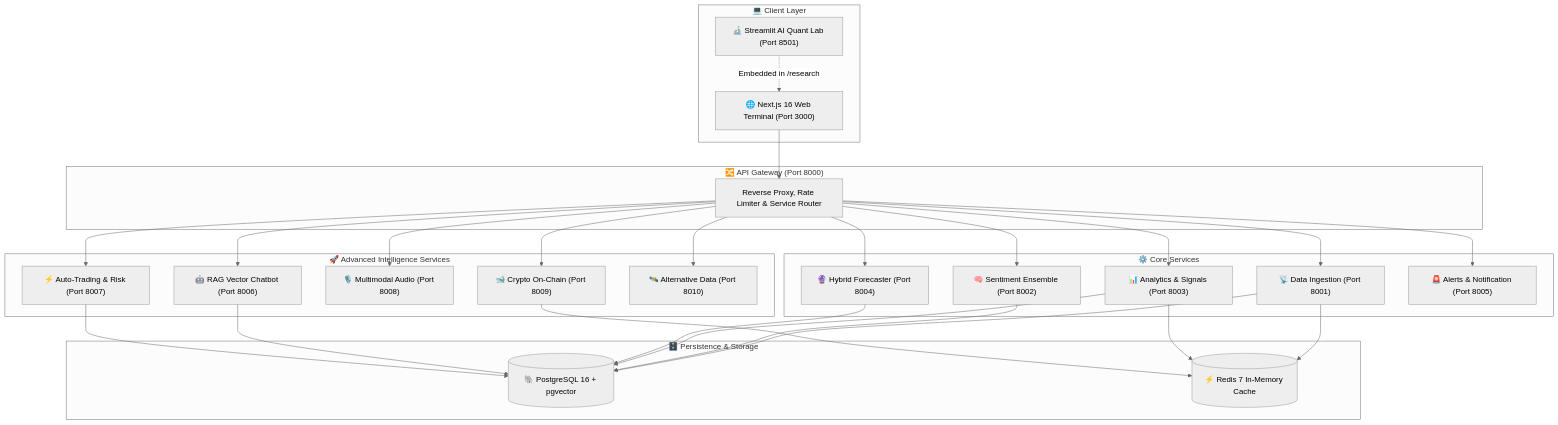
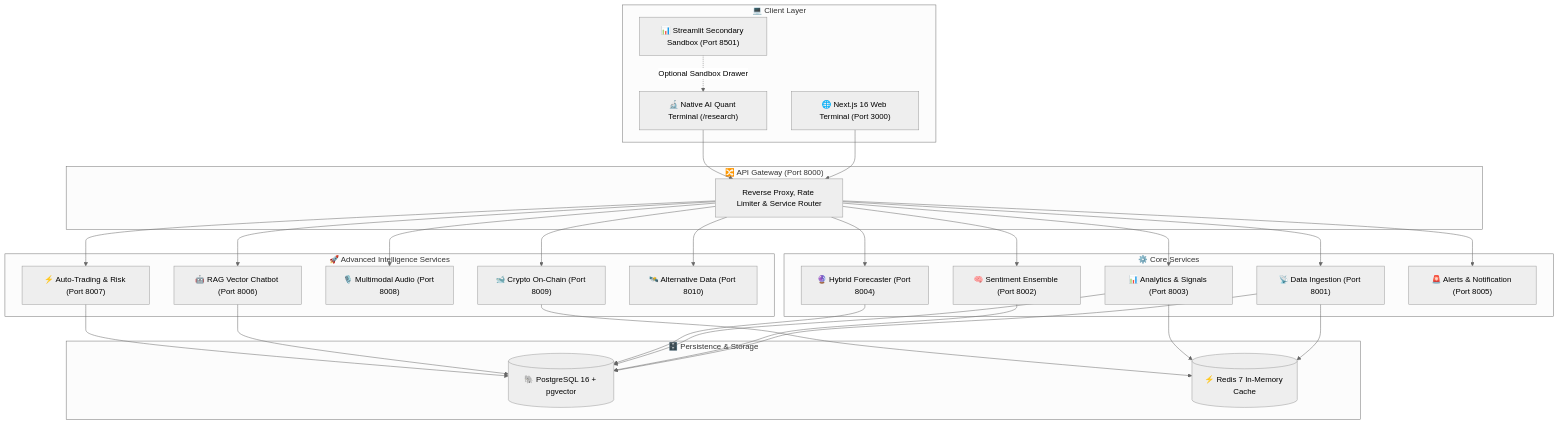
Before and after one commit to indrajitkumar23541-a11y/Indra-MarketMind: the diagram in README.md, drawn with Mermaid (neutral theme). The commit also changed other lines of this file, not shown here.

Commit message:
docs: Update README with Native Pro AI Quant Lab terminal architecture and real-data backtest engine

````diff
--- a/README.md
+++ b/README.md
@@ -159,48 +180,50 @@
 ```mermaid
 graph TB
     subgraph CLIENT["💻 Client Layer"]
         UI["🌐 Next.js 16 Web Terminal (Port 3000)"]
-        LAB["🔬 Streamlit AI Quant Lab (Port 8501)"]
+        QUANT["🔬 Native AI Quant Terminal (/research)"]
+        STREAMLIT["📊 Streamlit Secondary Sandbox (Port 8501)"]
     end
 
     subgraph INGRESS["🔀 API Gateway (Port 8000)"]
         GW["Reverse Proxy, Rate Limiter & Service Router"]
     end
 
     subgraph CORE_SERVICES["⚙️ Core Services"]
         S1["📡 Data Ingestion (Port 8001)"]
         S2["🧠 Sentiment Ensemble (Port 8002)"]
         S3["📊 Analytics & Signals (Port 8003)"]
         S4["🔮 Hybrid Forecaster (Port 8004)"]
         S5["🚨 Alerts & Notification (Port 8005)"]
     end
 
     subgraph ADVANCED_SERVICES["🚀 Advanced Intelligence Services"]
         S6["🤖 RAG Vector Chatbot (Port 8006)"]
         S7["⚡ Auto-Trading & Risk (Port 8007)"]
         S8["🎙️ Multimodal Audio (Port 8008)"]
         S9["🐋 Crypto On-Chain (Port 8009)"]
         S10["🛰️ Alternative Data (Port 8010)"]
     end
 
     subgraph DATA_LAYER["🗄️ Persistence & Storage"]
         PG[("🐘 PostgreSQL 16 + pgvector")]
         REDIS[("⚡ Redis 7 In-Memory Cache")]
     end
 
     UI --> GW
-    LAB -.->|Embedded in /research| UI
+    QUANT --> GW
+    STREAMLIT -.->|Optional Sandbox Drawer| QUANT
     GW --> S1
     GW --> S2
     GW --> S3
     GW --> S4
     GW --> S5
     GW --> S6
     GW --> S7
     GW --> S8
     GW --> S9
     GW --> S10
 
     S1 & S2 & S3 & S4 & S6 & S7 --> PG
     S1 & S3 & S9 --> REDIS
 ```
````
